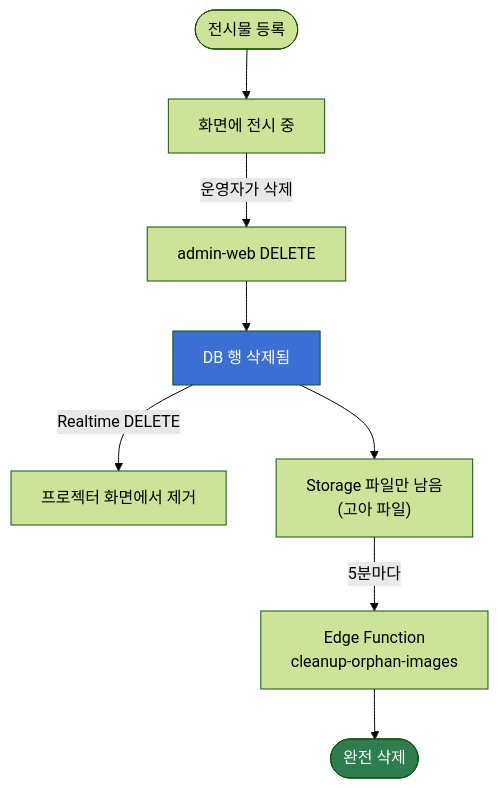
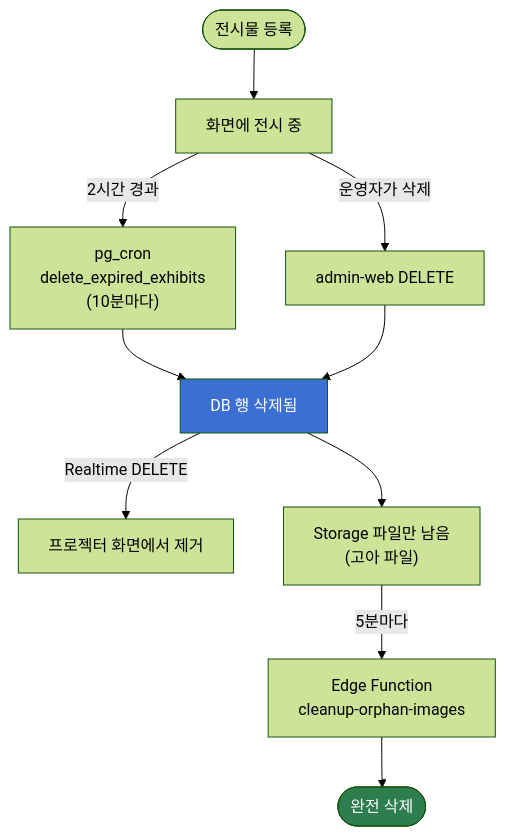
One commit to kingkiboots/glimpse-of-epiphany changed the third of 5 diagrams in README.md. Above: the diagram before and after it, drawn with Mermaid (forest theme). The commit also changed other lines of this file and 11 other files, not shown here.

````diff
--- a/README.md
+++ b/README.md
@@ -163,16 +165,19 @@
 ```mermaid
 flowchart TD
     START(["전시물 등록"]) --> LIVE["화면에 전시 중"]
 
+    LIVE -->|"2시간 경과"| CRON["pg_cron<br/>delete_expired_exhibits<br/>(10분마다)"]
     LIVE -->|"운영자가 삭제"| ADMIN["admin-web DELETE"]
-    ADMIN --> GONE["DB 행 삭제됨"]
+
+    CRON --> GONE["DB 행 삭제됨"]
+    ADMIN --> GONE
 
     GONE -->|"Realtime DELETE"| SCREEN["프로젝터 화면에서 제거"]
     GONE --> ORPHAN["Storage 파일만 남음<br/>(고아 파일)"]
 
     ORPHAN -->|"5분마다"| EF["Edge Function<br/>cleanup-orphan-images"]
     EF --> DONE(["완전 삭제"])
 
     style GONE fill:#3b6fd4,color:#fff
     style DONE fill:#2d7d4f,color:#fff
 ```
````
